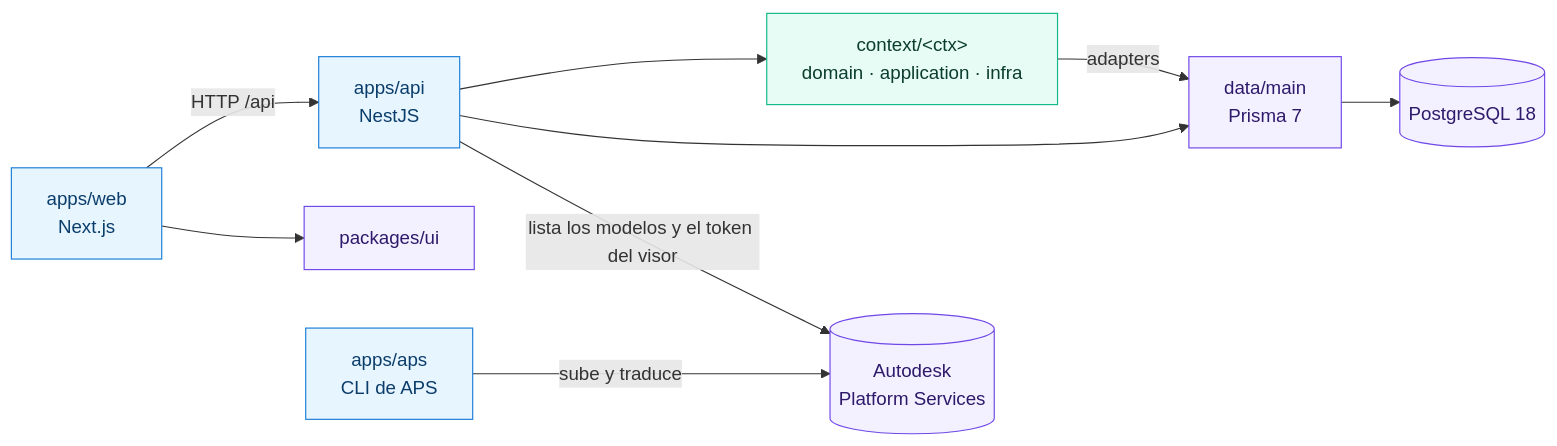
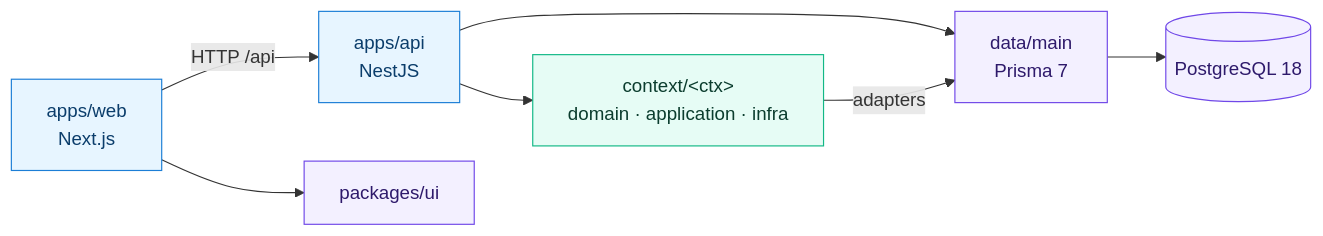
The first of 2 diagrams in docs/arquitectura.md (platanus-hack/platanus-hack-26-cl-team-27), drawn with Mermaid before and after one commit. The commit also changed other lines of this file and 55 other files, not shown here.

First line of the commit message:
Saca el visor de modelos de Revit y la CLI de APS

````diff
--- a/docs/arquitectura.md
+++ b/docs/arquitectura.md
@@ -18,18 +17,16 @@
 ```mermaid
 flowchart LR
   web["apps/web<br/>Next.js"] -->|HTTP /api| api["apps/api<br/>NestJS"]
   web --> ui["packages/ui"]
   api --> ctx["context/&lt;ctx&gt;<br/>domain · application · infra"]
   api --> data["data/main<br/>Prisma 7"]
   ctx -->|adapters| data
   data --> pg[("PostgreSQL 18")]
-  apscli["apps/aps<br/>CLI de APS"] -->|sube y traduce| autodesk[("Autodesk<br/>Platform Services")]
-  api -->|lista los modelos y el token del visor| autodesk
 
   classDef app fill:#E7F5FF,stroke:#1C7ED6,color:#0B3D6B
   classDef domain fill:#E6FCF5,stroke:#12B886,color:#0B3D2E
   classDef shared fill:#F3F0FF,stroke:#7048E8,color:#2E1A6B
-  class web,api,apscli app
+  class web,api app
   class ctx domain
   class ui,data,pg,autodesk shared
 ```
````
